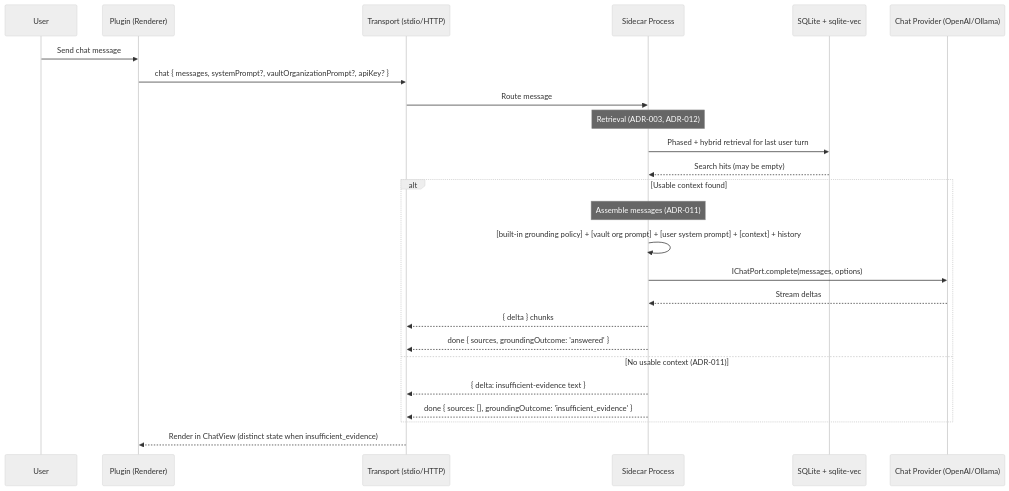
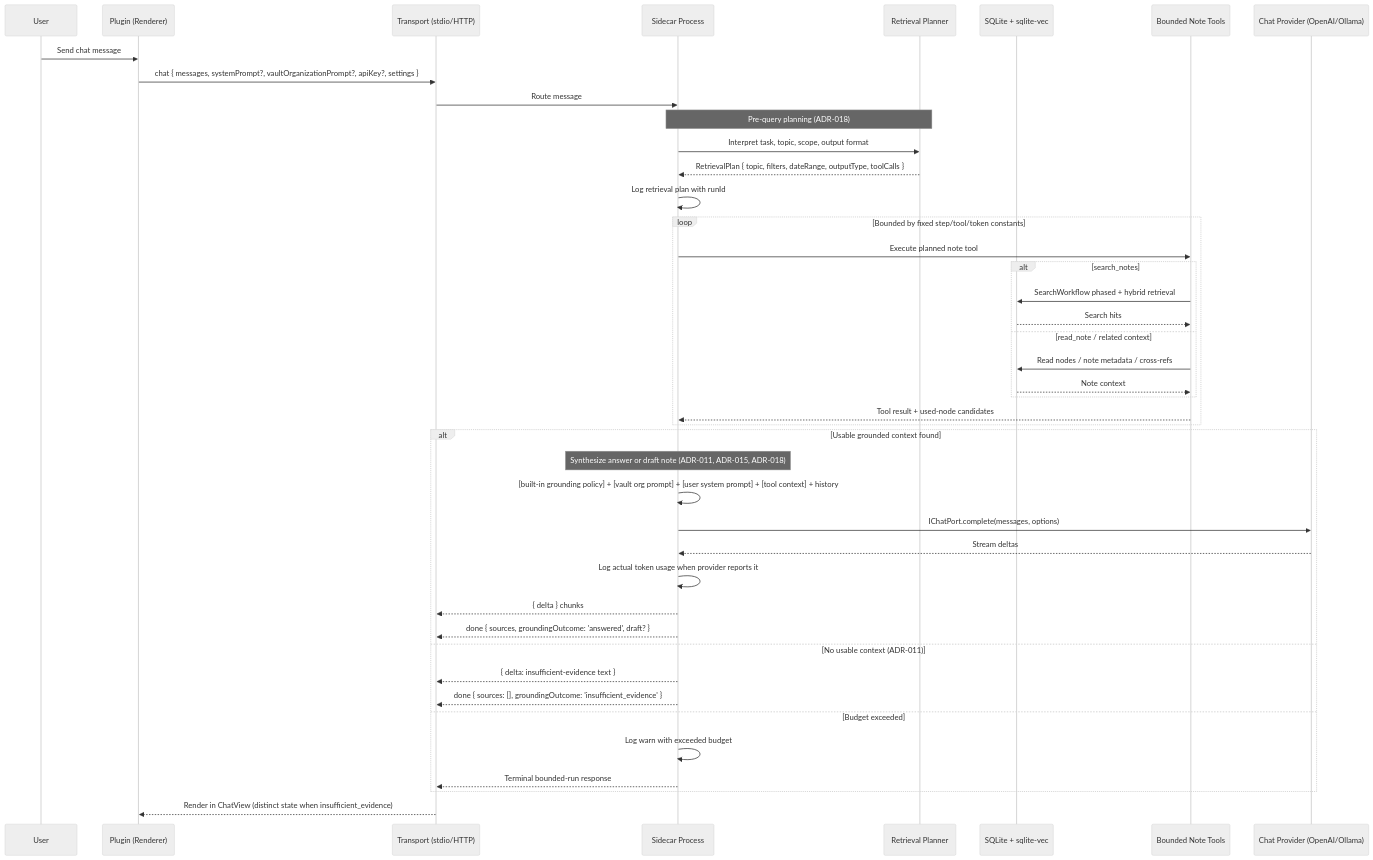
One commit to PhilipTeitel/Obisidian-AI changed the fourth of 5 diagrams in README.md. Above: the diagram before and after it, drawn with Mermaid (neutral theme). The commit also changed other lines of this file and 3 other files, not shown here.

Commit message:
High-level design complete with ADR-18.  Story AGT-2 planned.

````diff
--- a/README.md
+++ b/README.md
@@ -269,28 +280,46 @@
 ```mermaid
 sequenceDiagram
     participant User
     participant Plugin as Plugin (Renderer)
     participant Transport as Transport (stdio/HTTP)
     participant Sidecar as Sidecar Process
+    participant Planner as Retrieval Planner
     participant SQLite as SQLite + sqlite-vec
+    participant Tools as Bounded Note Tools
     participant Provider as Chat Provider (OpenAI/Ollama)
 
     User->>Plugin: Send chat message
-    Plugin->>Transport: chat { messages, systemPrompt?, vaultOrganizationPrompt?, apiKey? }
+    Plugin->>Transport: chat { messages, systemPrompt?, vaultOrganizationPrompt?, apiKey?, settings }
     Transport->>Sidecar: Route message
-    Note over Sidecar: Retrieval (ADR-003, ADR-012)
-    Sidecar->>SQLite: Phased + hybrid retrieval for last user turn
-    SQLite-->>Sidecar: Search hits (may be empty)
-    alt Usable context found
-        Note over Sidecar: Assemble messages (ADR-011)
-        Sidecar->>Sidecar: [built-in grounding policy] + [vault org prompt] + [user system prompt] + [context] + history
+    Note over Sidecar,Planner: Pre-query planning (ADR-018)
+    Sidecar->>Planner: Interpret task, topic, scope, output format
+    Planner-->>Sidecar: RetrievalPlan { topic, filters, dateRange, outputType, toolCalls }
+    Sidecar->>Sidecar: Log retrieval plan with runId
+    loop Bounded by fixed step/tool/token constants
+        Sidecar->>Tools: Execute planned note tool
+        alt search_notes
+            Tools->>SQLite: SearchWorkflow phased + hybrid retrieval
+            SQLite-->>Tools: Search hits
+        else read_note / related context
+            Tools->>SQLite: Read nodes / note metadata / cross-refs
+            SQLite-->>Tools: Note context
+        end
+        Tools-->>Sidecar: Tool result + used-node candidates
+    end
+    alt Usable grounded context found
+        Note over Sidecar: Synthesize answer or draft note (ADR-011, ADR-015, ADR-018)
+        Sidecar->>Sidecar: [built-in grounding policy] + [vault org prompt] + [user system prompt] + [tool context] + history
         Sidecar->>Provider: IChatPort.complete(messages, options)
         Provider-->>Sidecar: Stream deltas
+        Sidecar->>Sidecar: Log actual token usage when provider reports it
         Sidecar-->>Transport: { delta } chunks
-        Sidecar-->>Transport: done { sources, groundingOutcome: 'answered' }
+        Sidecar-->>Transport: done { sources, groundingOutcome: 'answered', draft? }
     else No usable context (ADR-011)
         Sidecar-->>Transport: { delta: insufficient-evidence text }
         Sidecar-->>Transport: done { sources: [], groundingOutcome: 'insufficient_evidence' }
+    else Budget exceeded
+        Sidecar->>Sidecar: Log warn with exceeded budget
+        Sidecar-->>Transport: Terminal bounded-run response
     end
     Transport-->>Plugin: Render in ChatView (distinct state when insufficient_evidence)
 ```
````
